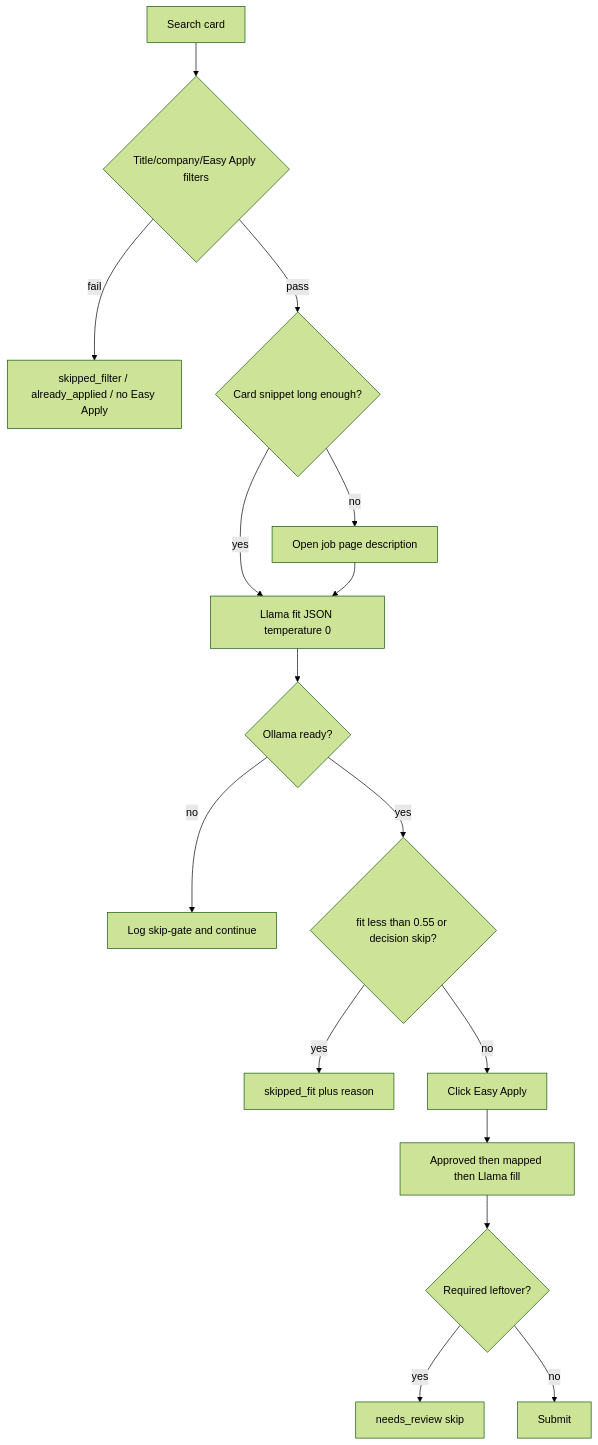
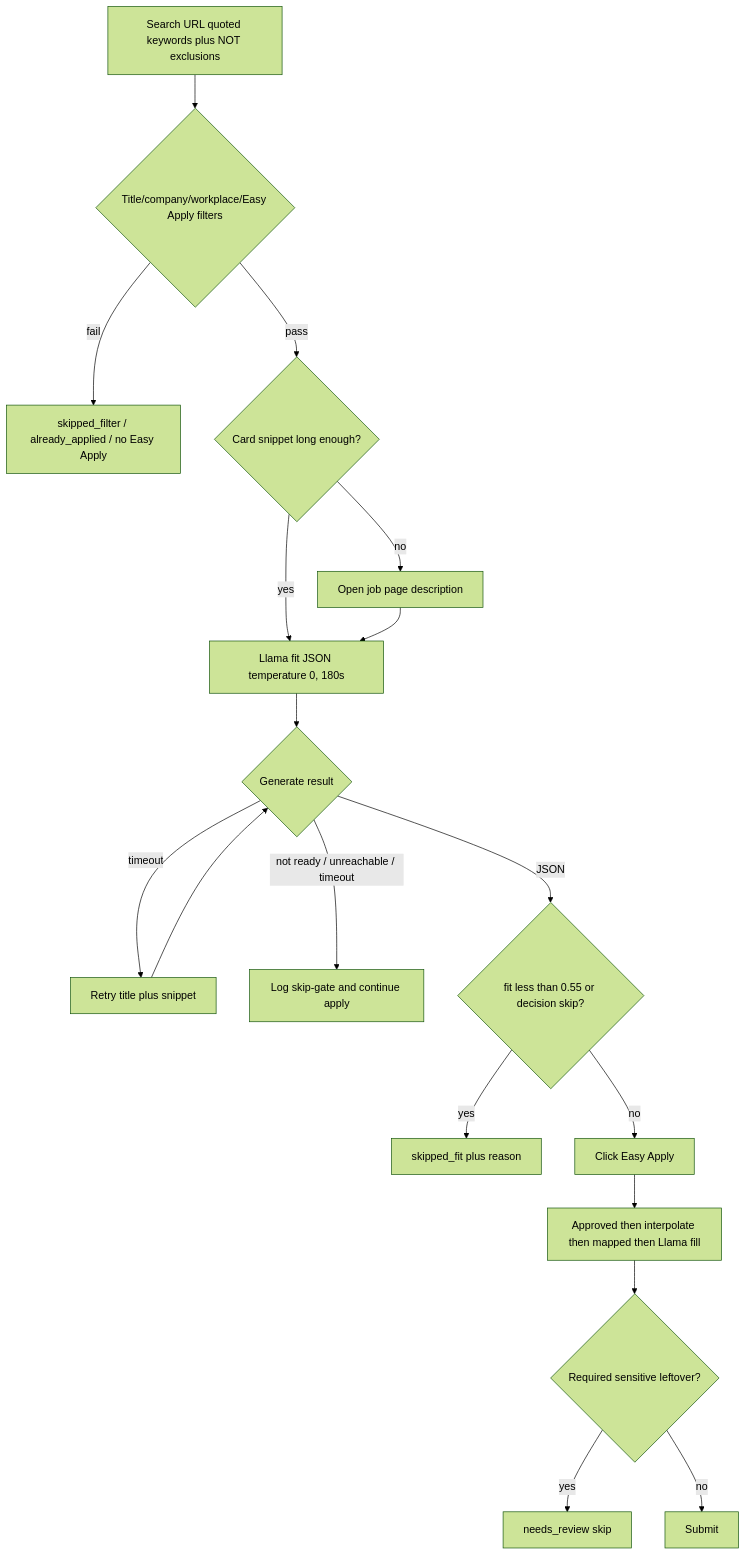
The third of 10 diagrams in docs/llm.md (TapiwaChikwenya/linkedin-application-bot), drawn with Mermaid (forest theme) before and after one commit. The commit also changed other lines of this file and 39 other files, not shown here.

Commit message:
Fill leftover Easy Apply answers from grounded inference instead of leaving them blank.

````diff
--- a/docs/llm.md
+++ b/docs/llm.md
@@ -137,18 +237,20 @@
 ```mermaid
 flowchart TD
-  A[Search card] --> B{Title/company/Easy Apply filters}
+  A[Search URL quoted keywords plus NOT exclusions] --> B{Title/company/workplace/Easy Apply filters}
   B -->|fail| C[skipped_filter / already_applied / no Easy Apply]
   B -->|pass| D{Card snippet long enough?}
-  D -->|yes| E[Llama fit JSON temperature 0]
+  D -->|yes| E[Llama fit JSON temperature 0, 180s]
   D -->|no| F[Open job page description]
   F --> E
-  E --> G{Ollama ready?}
-  G -->|no| H[Log skip-gate and continue]
-  G -->|yes| I{fit less than 0.55 or decision skip?}
+  E --> G{Generate result}
+  G -->|timeout| R[Retry title plus snippet]
+  R --> G
+  G -->|not ready / unreachable / timeout| H[Log skip-gate and continue apply]
+  G -->|JSON| I{fit less than 0.55 or decision skip?}
   I -->|yes| J[skipped_fit plus reason]
   I -->|no| K[Click Easy Apply]
-  K --> L[Approved then mapped then Llama fill]
-  L --> M{Required leftover?}
+  K --> L[Approved then interpolate then mapped then Llama fill]
+  L --> M{Required sensitive leftover?}
   M -->|yes| N[needs_review skip]
   M -->|no| O[Submit]
 ```
````
